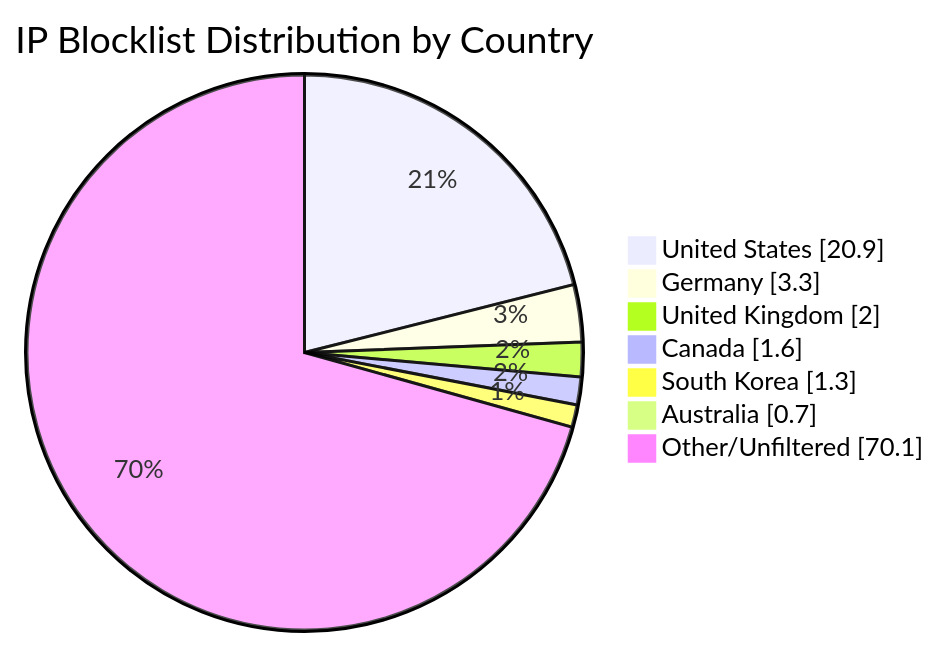
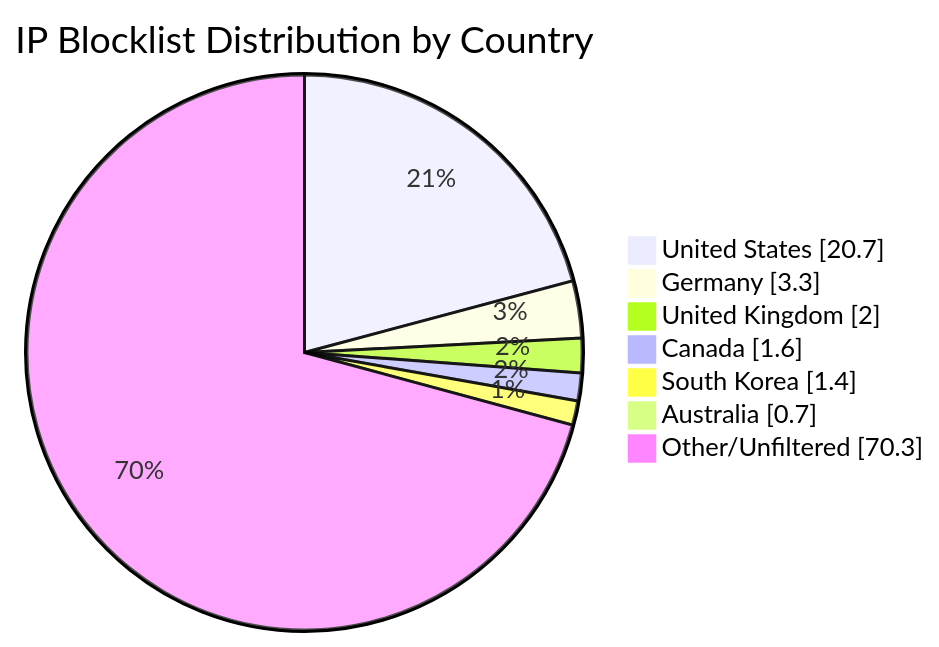
One commit to MarcusHoltz/ipblocklist-geofiltered-aggregator changed the diagram in README.md. Above: the diagram before and after it, drawn with Mermaid. The commit also changed other lines of this file and 9 other files, not shown here.

````diff
--- a/README.md
+++ b/README.md
@@ -34,10 +34,10 @@
 ```mermaid
 pie showData title IP Blocklist Distribution by Country
-"United States" : 20.9
+"United States" : 20.7
 "Germany" : 3.3
 "United Kingdom" : 2.0
 "Canada" : 1.6
-"South Korea" : 1.3
+"South Korea" : 1.4
 "Australia" : 0.7
-"Other/Unfiltered" : 70.1
+"Other/Unfiltered" : 70.3
 ```
````
